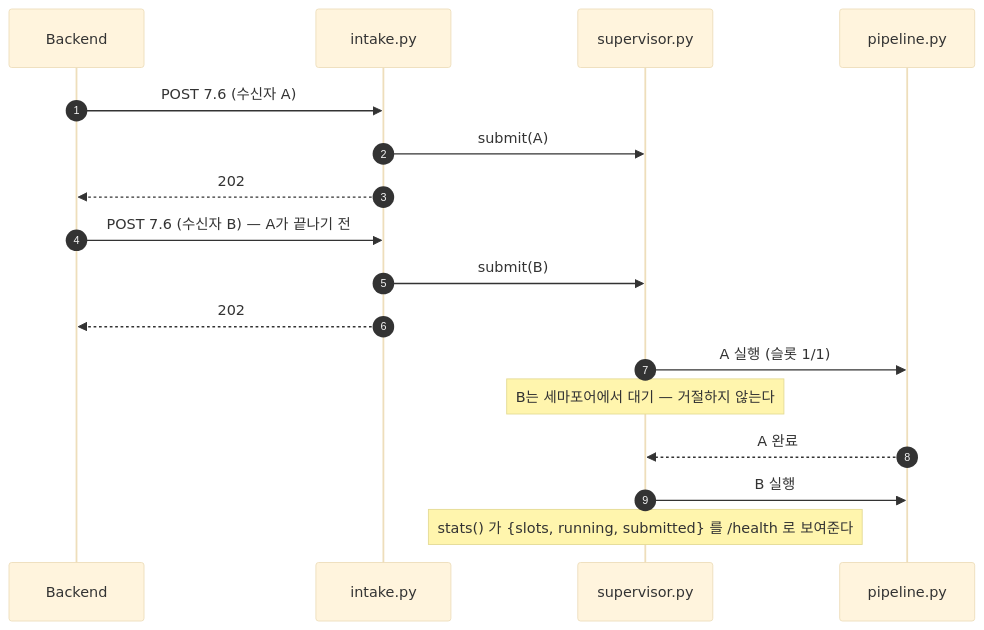
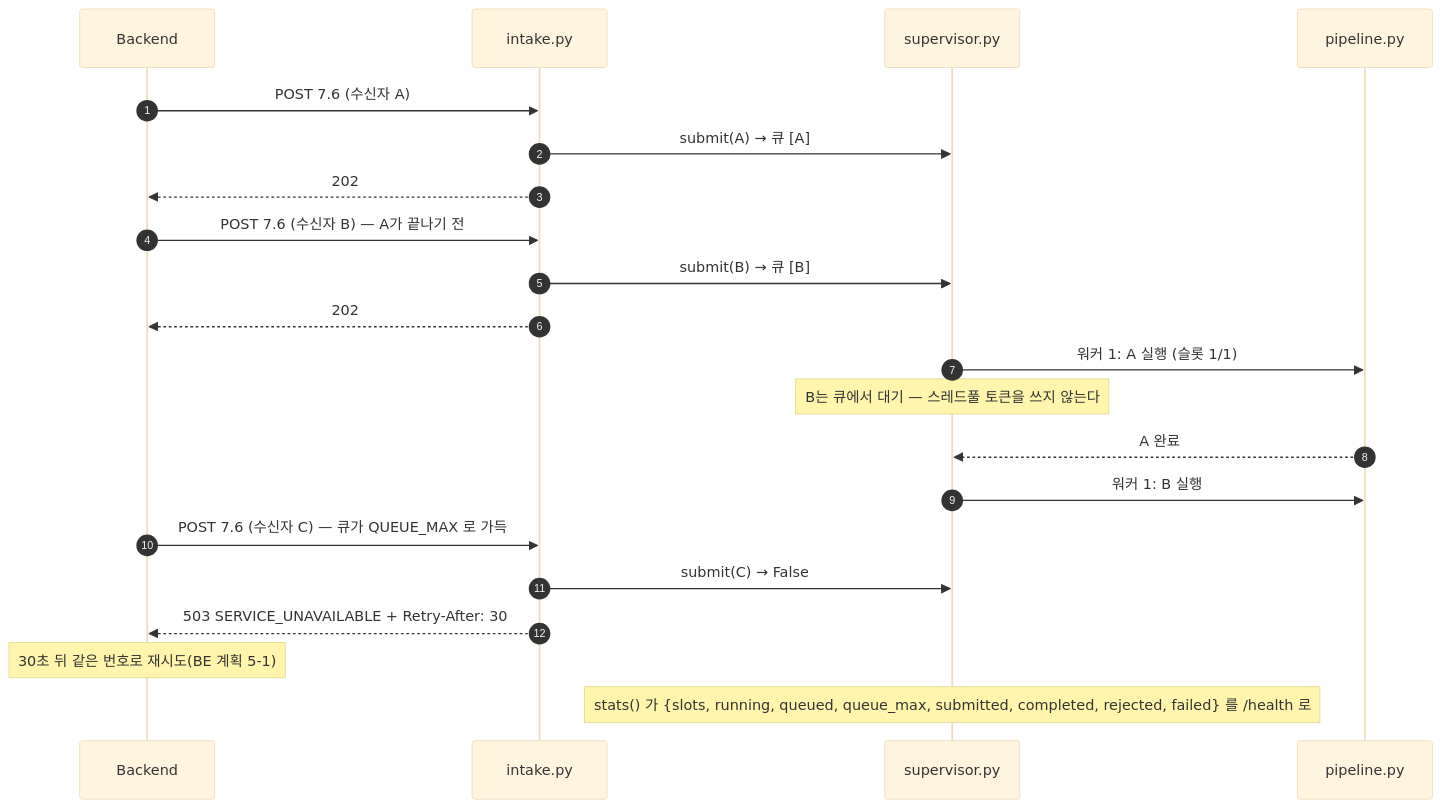
One commit to 100-hours-a-week/KTB4-12th-AI changed the sixth of 6 diagrams in profiling/docs/시퀀스_전체.md. Above: the diagram before and after it, drawn with Mermaid (base theme). The commit also changed other lines of this file and 21 other files, not shown here.

````diff
--- a/profiling/docs/시퀀스_전체.md
+++ b/profiling/docs/시퀀스_전체.md
@@ -273,20 +279,24 @@
 ```mermaid
 sequenceDiagram
   autonumber
   participant BE as Backend
   participant R as intake.py
   participant SUP as supervisor.py
   participant PL as pipeline.py
 
   BE->>R: POST 7.6 (수신자 A)
-  R->>SUP: submit(A)
+  R->>SUP: submit(A) → 큐 [A]
   R-->>BE: 202
   BE->>R: POST 7.6 (수신자 B) — A가 끝나기 전
-  R->>SUP: submit(B)
+  R->>SUP: submit(B) → 큐 [B]
   R-->>BE: 202
-  SUP->>PL: A 실행 (슬롯 1/1)
-  Note over SUP: B는 세마포어에서 대기 — 거절하지 않는다
+  SUP->>PL: 워커 1: A 실행 (슬롯 1/1)
+  Note over SUP: B는 큐에서 대기 — 스레드풀 토큰을 쓰지 않는다
   PL-->>SUP: A 완료
-  SUP->>PL: B 실행
-  Note over SUP: stats() 가 {slots, running, submitted} 를 /health 로 보여준다
+  SUP->>PL: 워커 1: B 실행
+  BE->>R: POST 7.6 (수신자 C) — 큐가 QUEUE_MAX 로 가득
+  R->>SUP: submit(C) → False
+  R-->>BE: 503 SERVICE_UNAVAILABLE + Retry-After: 30
+  Note over BE: 30초 뒤 같은 번호로 재시도(BE 계획 5-1)
+  Note over SUP: stats() 가 {slots, running, queued, queue_max, submitted, completed, rejected, failed} 를 /health 로
 ```
````
